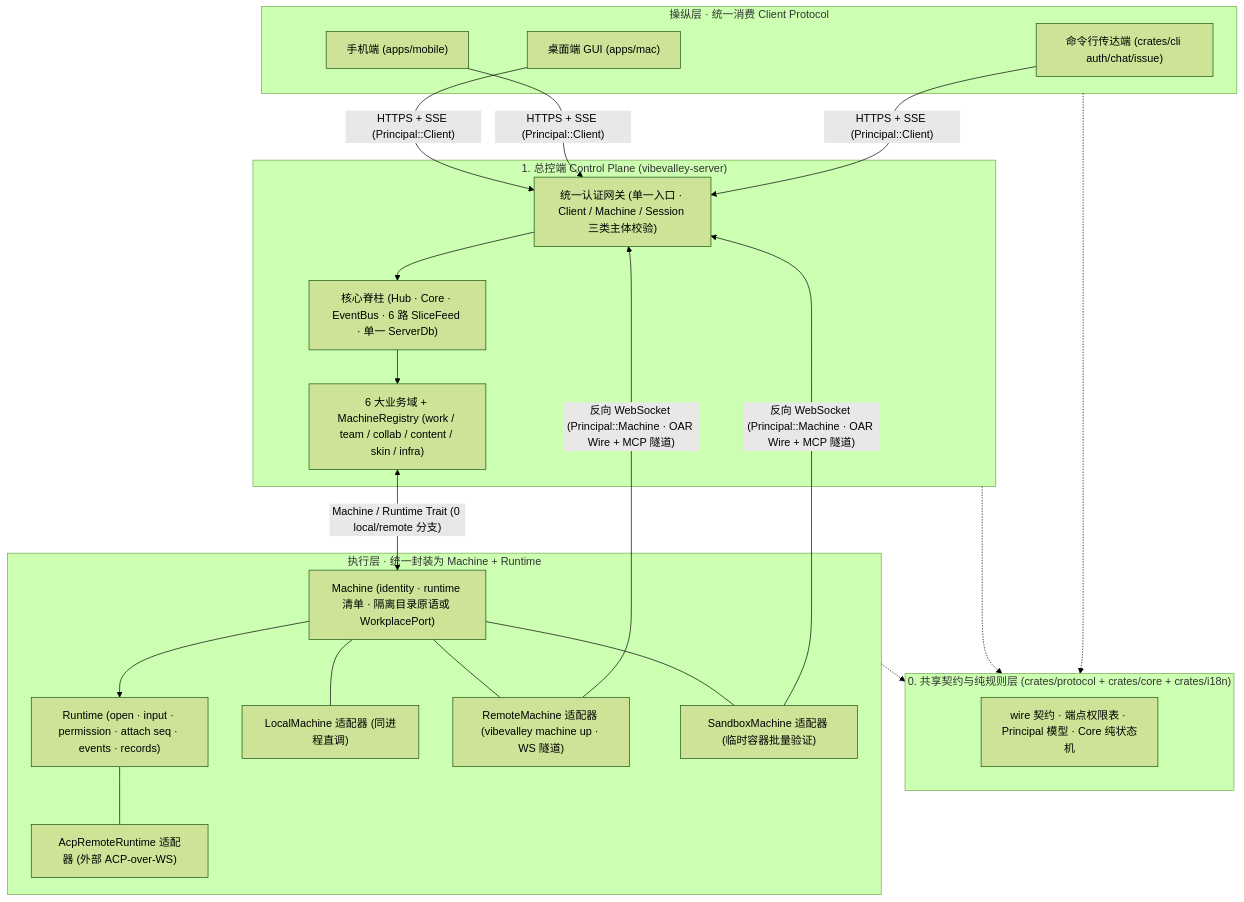
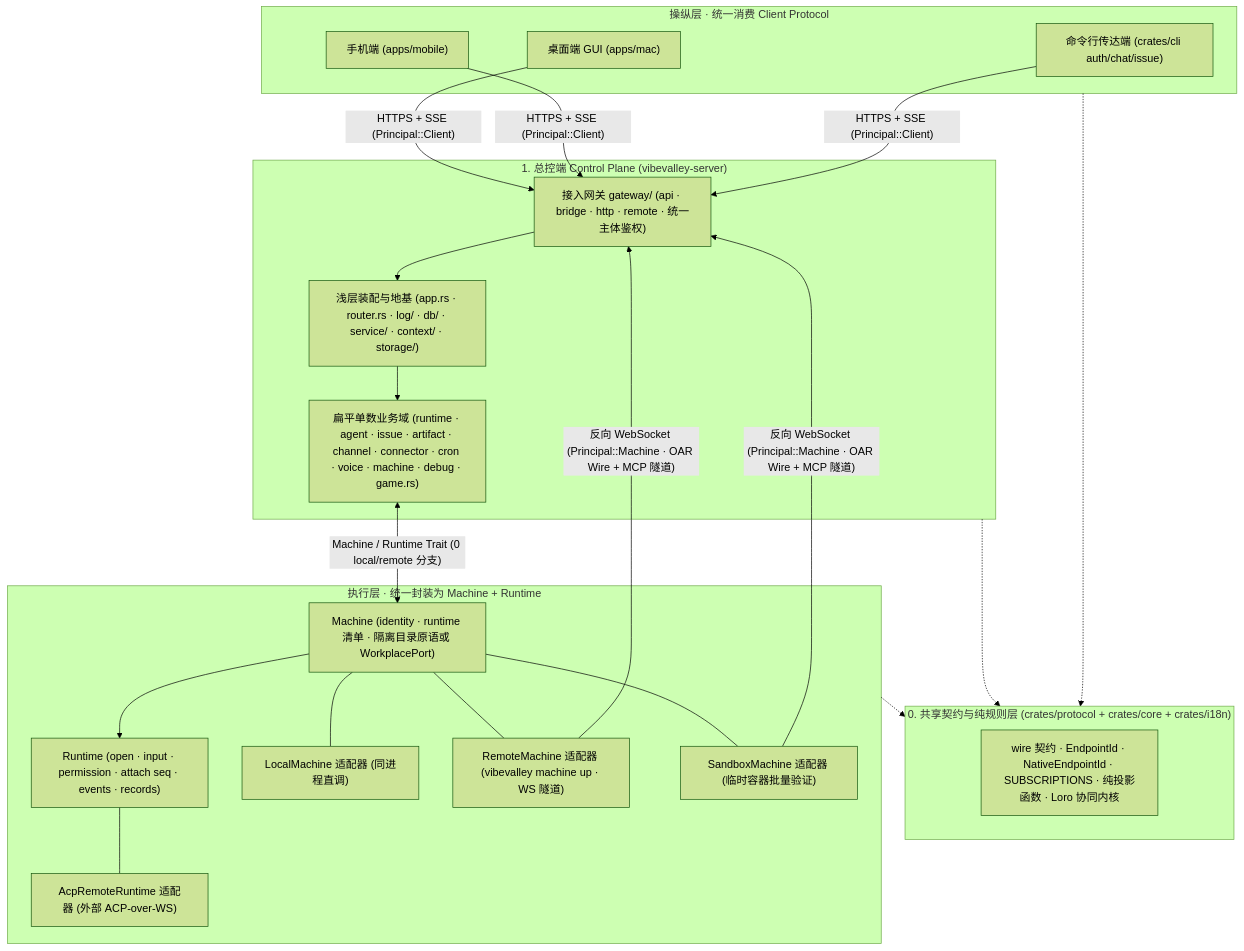
Before and after one commit to vibevalleyhq/vibevalley: the first of 5 diagrams in docs/architecture-topology.md, drawn with Mermaid (forest theme). The commit also changed other lines of this file and 818 other files, not shown here.

First line of the commit message:
Flatten server architecture, adopt Tokio across runtime, and unify 12-type directory artifacts

````diff
--- a/docs/architecture-topology.md
+++ b/docs/architecture-topology.md
@@ -36,39 +36,39 @@
 ```mermaid
 flowchart TB
   subgraph Contract["0. 共享契约与纯规则层 (crates/protocol + crates/core + crates/i18n)"]
-    PROTO["wire 契约 · 端点权限表 · Principal 模型 · Core 纯状态机"]
+    PROTO["wire 契约 · EndpointId · NativeEndpointId · SUBSCRIPTIONS · 纯投影函数 · Loro 协同内核"]
   end
 
   subgraph Clients["操纵层 · 统一消费 Client Protocol"]
     GUI["桌面端 GUI (apps/mac)"]
     MOB["手机端 (apps/mobile)"]
     CLI_C["命令行传达端 (crates/cli auth/chat/issue)"]
   end
 
   subgraph Control["1. 总控端 Control Plane (vibevalley-server)"]
-    GATE["统一认证网关 (单一入口 · Client / Machine / Session 三类主体校验)"]
-    SPINE["核心脊柱 (Hub · Core · EventBus · 6 路 SliceFeed · 单一 ServerDb)"]
-    DOMAINS["6 大业务域 + MachineRegistry (work / team / collab / content / skin / infra)"]
+    GATE["接入网关 gateway/ (api · bridge · http · remote · 统一主体鉴权)"]
+    SPINE["浅层装配与地基 (app.rs · router.rs · log/ · db/ · service/ · context/ · storage/)"]
+    DOMAINS["扁平单数业务域 (runtime · agent · issue · artifact · channel · connector · cron · voice · machine · debug · game.rs)"]
     GATE --> SPINE
     SPINE --> DOMAINS
   end
 
   subgraph Execution["执行层 · 统一封装为 Machine + Runtime"]
     M["Machine (identity · runtime 清单 · 隔离目录原语或 WorkplacePort)"]
     R["Runtime (open · input · permission · attach seq · events · records)"]
     M --> R
     A_LOC["LocalMachine 适配器 (同进程直调)"]
     A_REM["RemoteMachine 适配器 (vibevalley machine up · WS 隧道)"]
     A_SBX["SandboxMachine 适配器 (临时容器批量验证)"]
     A_ACP["AcpRemoteRuntime 适配器 (外部 ACP-over-WS)"]
     M --- A_LOC & A_REM & A_SBX
     R --- A_ACP
   end
 
   GUI & MOB & CLI_C -->|"HTTPS + SSE (Principal::Client)"| GATE
   DOMAINS <-->|"Machine / Runtime Trait (0 local/remote 分支)"| M
   A_REM & A_SBX -->|"反向 WebSocket (Principal::Machine · OAR Wire + MCP 隧道)"| GATE
   Control -.-> Contract
   Clients -.-> Contract
   Execution -.-> Contract
 ```
````
